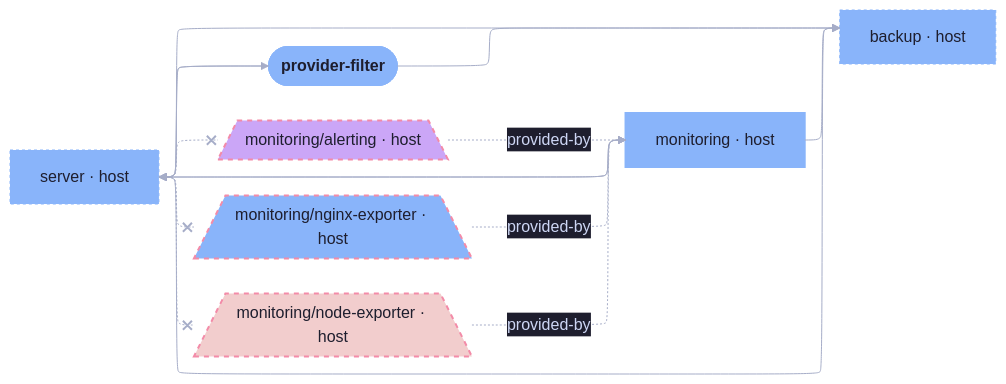
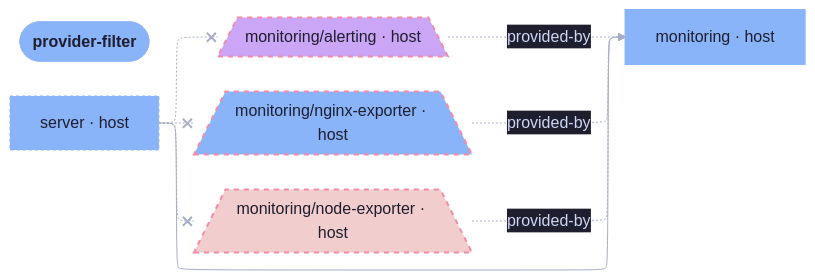
One commit to sini/den changed the diagram in templates/diag-fx-demo/diagrams/provider-filter-adapters.md. Above: the diagram before and after it, drawn with Mermaid. The commit also changed 849 other files, not shown here.

Commit message:
chore: update fx diagrams

````diff
--- a/templates/diag-fx-demo/diagrams/provider-filter-adapters.md
+++ b/templates/diag-fx-demo/diagrams/provider-filter-adapters.md
@@ -5,35 +5,25 @@
 ```mermaid
 %%{init: {"elk":{"mergeEdges":true,"nodePlacementStrategy":"BRANDES_KOEPF"},"layout":"elk","theme":"base","themeVariables":{"activationBkgColor":"#313244","activationBorderColor":"#6c7086","actorBkg":"#313244","actorBorder":"#a6adc8","actorLineColor":"#a6adc8","actorTextColor":"#cdd6f4","background":"#1e1e2e","classText":"#cdd6f4","clusterBkg":"#313244","clusterBorder":"#6c7086","edgeLabelBackground":"#1e1e2e","labelBoxBkgColor":"#313244","labelBoxBorderColor":"#a6adc8","labelTextColor":"#cdd6f4","lineColor":"#a6adc8","loopTextColor":"#cdd6f4","mainBkg":"#313244","nodeBkg":"#313244","nodeBorder":"#a6adc8","nodeTextColor":"#cdd6f4","noteBkgColor":"#313244","noteBorderColor":"#6c7086","noteTextColor":"#cdd6f4","pie1":"#f38ba8","pie2":"#fab387","pie3":"#f9e2af","pie4":"#a6e3a1","pie5":"#94e2d5","pie6":"#89b4fa","pie7":"#cba6f7","pie8":"#f2cdcd","pieLegendTextColor":"#cdd6f4","pieOuterStrokeColor":"#6c7086","pieSectionTextColor":"#cdd6f4","pieStrokeColor":"#6c7086","pieTitleTextColor":"#cdd6f4","primaryBorderColor":"#a6adc8","primaryColor":"#313244","primaryTextColor":"#cdd6f4","secondBkg":"#313244","secondaryBorderColor":"#6c7086","secondaryColor":"#313244","secondaryTextColor":"#cdd6f4","sequenceNumberColor":"#1e1e2e","signalColor":"#a6adc8","signalTextColor":"#cdd6f4","tertiaryBorderColor":"#6c7086","tertiaryColor":"#313244","tertiaryTextColor":"#cdd6f4","textColor":"#cdd6f4","titleColor":"#cdd6f4"}}}%%
 graph LR
   provider_filter([provider-filter]):::root
   monitoring__alerting[/"monitoring/alerting · host"\]:::monitoring__alerting_c
-  backup["backup · host"]:::backup_c
   monitoring["monitoring · host"]:::monitoring_c
   monitoring__nginx_exporter[/"monitoring/nginx-exporter · host"\]:::monitoring__nginx_exporter_c
   monitoring__node_exporter[/"monitoring/node-exporter · host"\]:::monitoring__node_exporter_c
   server["server · host"]:::server_c
 
-  backup --> server
-  monitoring --> backup
-  provider_filter --> backup
-  server --> backup
-  monitoring --> server
-  provider_filter --> server
   server -.-x monitoring__alerting
   server --> monitoring
   server -.-x monitoring__nginx_exporter
   server -.-x monitoring__node_exporter
-  server --> provider_filter
   monitoring__node_exporter -.->|provided-by| monitoring
   monitoring__nginx_exporter -.->|provided-by| monitoring
   monitoring__alerting -.->|provided-by| monitoring
 
   classDef root fill:#89b4fa,stroke:#89b4fa,color:#1e1e2e,font-weight:bold
   classDef monitoring__alerting_c fill:#cba6f7,stroke:#f38ba8,color:#1e1e2e,stroke-dasharray: 5 5,stroke-width:2px
-  classDef backup_c fill:#89b4fa,stroke:#89b4fa,color:#1e1e2e,stroke-dasharray: 3 3,stroke-width:1px
   classDef monitoring_c fill:#89b4fa,stroke:#89b4fa,color:#1e1e2e,stroke-width:2px
   classDef monitoring__nginx_exporter_c fill:#89b4fa,stroke:#f38ba8,color:#1e1e2e,stroke-dasharray: 5 5,stroke-width:2px
   classDef monitoring__node_exporter_c fill:#f2cdcd,stroke:#f38ba8,color:#1e1e2e,stroke-dasharray: 5 5,stroke-width:2px
-  classDef provider_filter_c fill:#89b4fa,stroke:#89b4fa,color:#1e1e2e,stroke-width:3px
   classDef server_c fill:#89b4fa,stroke:#89b4fa,color:#1e1e2e,stroke-dasharray: 3 3,stroke-width:1px
 ```
````
